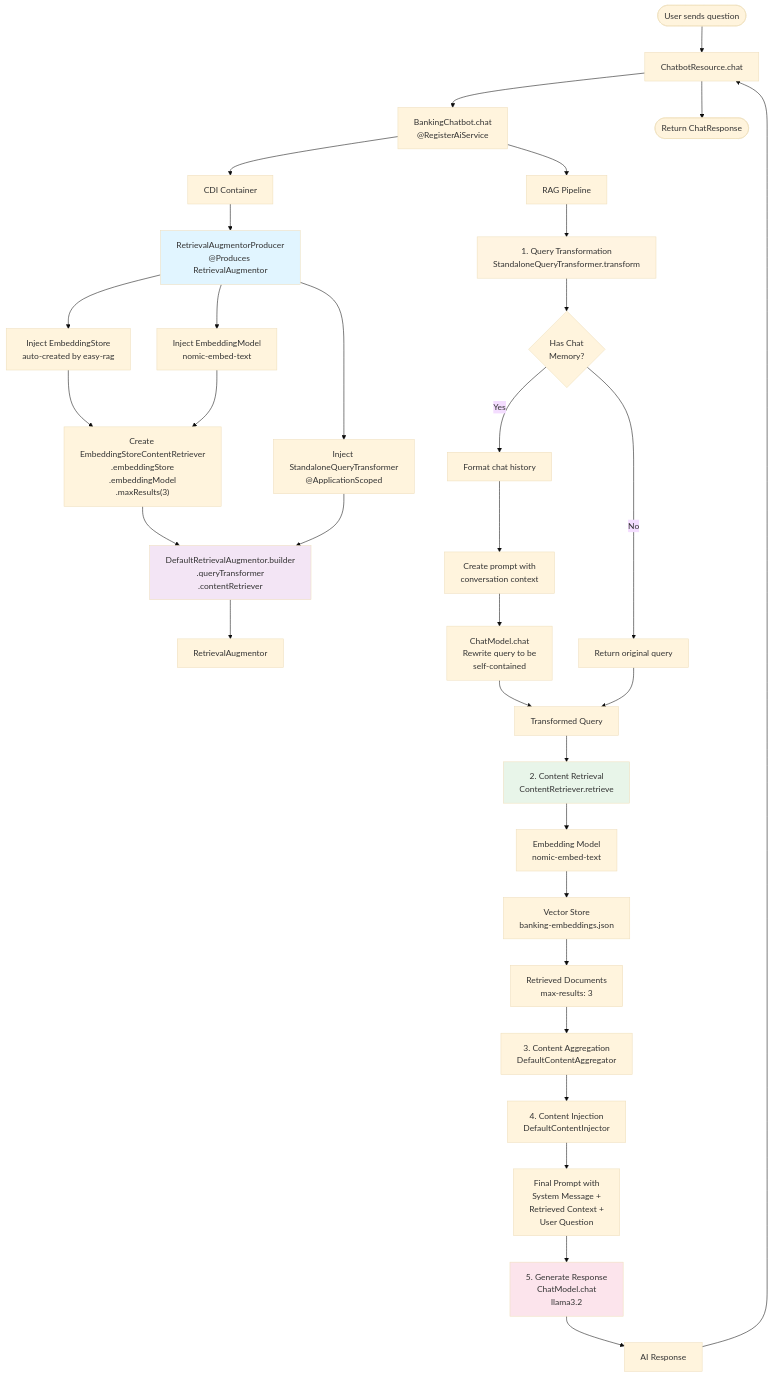
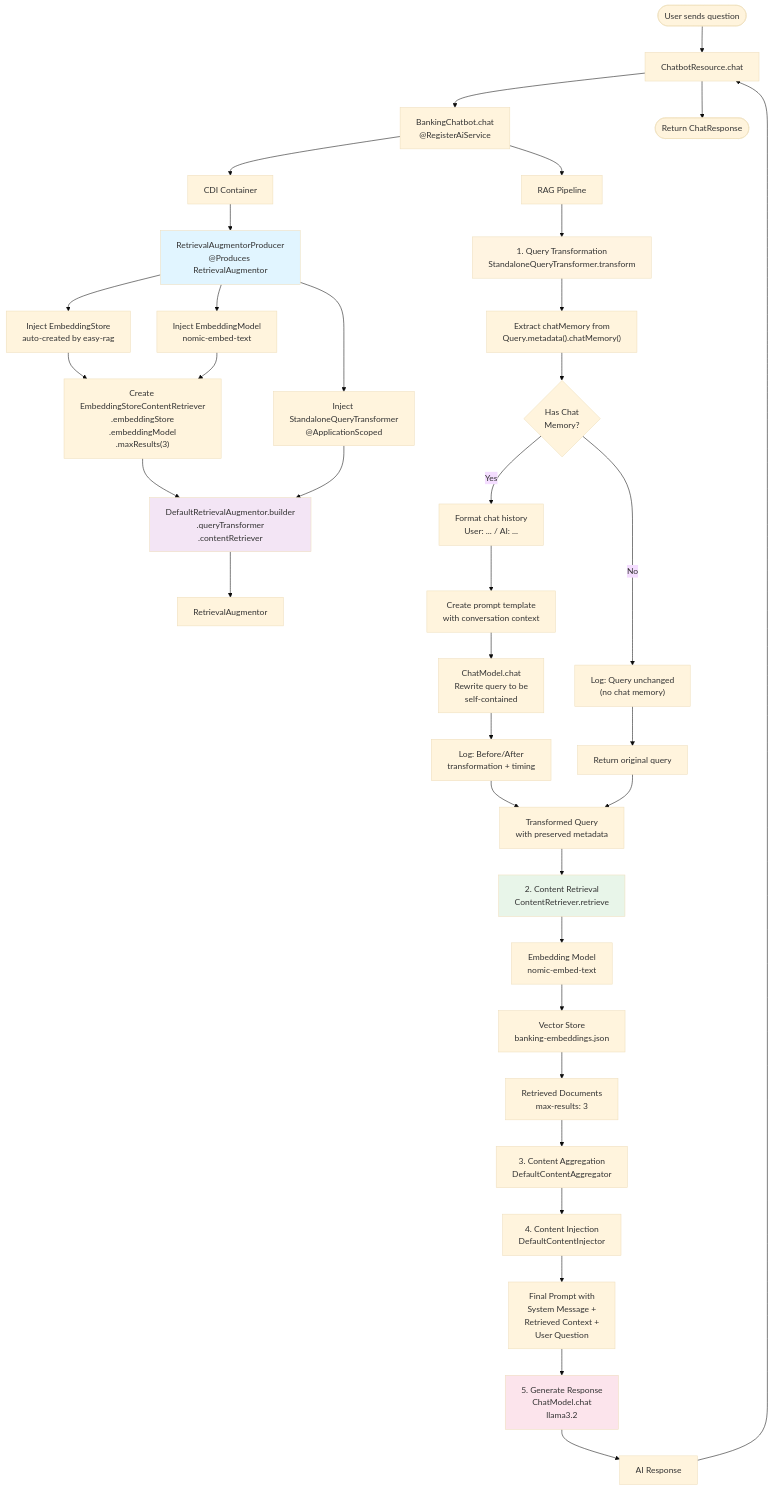
Before and after one commit to andyhan/the-main-thread: the first of 2 diagrams in rag-query-transformer/RAG_FLOW.md, drawn with Mermaid (base theme). The commit also changed other lines of this file, not shown here.

````diff
--- a/rag-query-transformer/RAG_FLOW.md
+++ b/rag-query-transformer/RAG_FLOW.md
@@ -3,41 +3,44 @@
 ```mermaid
 ---
 config:
   layout: dagre
 ---
 flowchart TB
     Start(["User sends question"]) --> ChatbotResource["ChatbotResource.chat"]
     ChatbotResource --> BankingChatbot["BankingChatbot.chat<br>@RegisterAiService"] & End(["Return ChatResponse"])
     BankingChatbot --> CDI["CDI Container"] & RAGPipeline["RAG Pipeline"]
     CDI --> Producer["RetrievalAugmentorProducer<br>@Produces RetrievalAugmentor"]
     Producer --> InjectStore["Inject EmbeddingStore<br>auto-created by easy-rag"] & InjectEmbedModel["Inject EmbeddingModel<br>nomic-embed-text"] & InjectTransformer["Inject StandaloneQueryTransformer<br>@ApplicationScoped"]
     InjectStore --> CreateRetriever["Create EmbeddingStoreContentRetriever<br>.embeddingStore<br>.embeddingModel<br>.maxResults(3)"]
     InjectEmbedModel --> CreateRetriever
     CreateRetriever --> BuildAugmentor["DefaultRetrievalAugmentor.builder<br>.queryTransformer<br>.contentRetriever"]
     InjectTransformer --> BuildAugmentor
     BuildAugmentor --> RetrievalAugmentor["RetrievalAugmentor"]
     RAGPipeline --> TransformQuery["1. Query Transformation<br>StandaloneQueryTransformer.transform"]
-    TransformQuery --> CheckMemory{"Has Chat<br>Memory?"}
-    CheckMemory -- No --> ReturnOriginal["Return original query"]
-    CheckMemory -- Yes --> FormatMemory["Format chat history"]
-    FormatMemory --> CreatePrompt["Create prompt with<br>conversation context"]
+    TransformQuery --> GetMetadata["Extract chatMemory from<br>Query.metadata().chatMemory()"]
+    GetMetadata --> CheckMemory{"Has Chat<br>Memory?"}
+    CheckMemory -- No --> LogSkip["Log: Query unchanged<br>(no chat memory)"]
+    LogSkip --> ReturnOriginal["Return original query"]
+    CheckMemory -- Yes --> FormatMemory["Format chat history<br>User: ... / AI: ..."]
+    FormatMemory --> CreatePrompt["Create prompt template<br>with conversation context"]
     CreatePrompt --> LLMTransform["ChatModel.chat<br>Rewrite query to be<br>self-contained"]
-    LLMTransform --> TransformedQuery["Transformed Query"]
+    LLMTransform --> LogTransform["Log: Before/After<br>transformation + timing"]
+    LogTransform --> TransformedQuery["Transformed Query<br>with preserved metadata"]
     ReturnOriginal --> TransformedQuery
     TransformedQuery --> Retrieve["2. Content Retrieval<br>ContentRetriever.retrieve"]
     Retrieve --> EmbeddingModel["Embedding Model<br>nomic-embed-text"]
     EmbeddingModel --> VectorStore["Vector Store<br>banking-embeddings.json"]
     VectorStore --> Documents["Retrieved Documents<br>max-results: 3"]
     Documents --> Aggregate["3. Content Aggregation<br>DefaultContentAggregator"]
     Aggregate --> Inject["4. Content Injection<br>DefaultContentInjector"]
     Inject --> FinalPrompt["Final Prompt with<br>System Message +<br>Retrieved Context +<br>User Question"]
     FinalPrompt --> ChatModel["5. Generate Response<br>ChatModel.chat<br>llama3.2"]
     ChatModel --> Response["AI Response"]
     Response --> ChatbotResource
 
     style Producer fill:#e1f5ff
     style BuildAugmentor fill:#f3e5f5
     style TransformQuery fill:#fff4e1
     style Retrieve fill:#e8f5e9
     style ChatModel fill:#fce4ec
 ```
````
